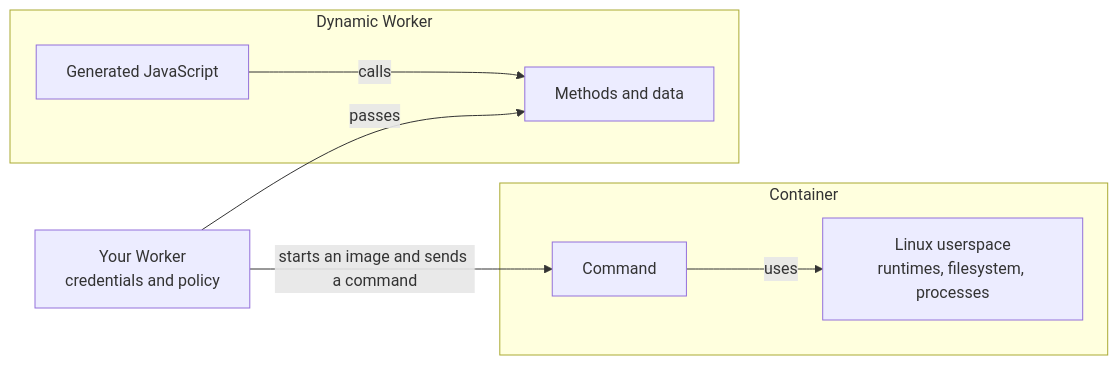
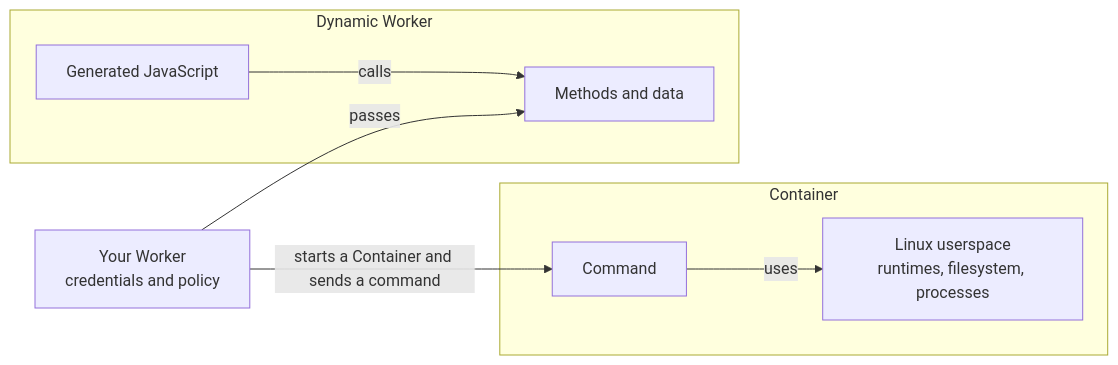
One commit to cloudflare/cloudflare-docs changed the diagram in src/content/docs/sandbox/choose-an-environment.mdx. Above: the diagram before and after it, drawn with Mermaid. The commit also changed other lines of this file and 6 other files, not shown here.

````diff
--- a/src/content/docs/sandbox/choose-an-environment.mdx
+++ b/src/content/docs/sandbox/choose-an-environment.mdx
@@ -25,14 +25,14 @@
 ```mermaid
 flowchart LR
 accTitle: What each sandbox environment contains
 accDescr: Credentials and policy stay in your Worker. The Worker passes methods and data to generated JavaScript in a Dynamic Worker, or starts a Container where a command uses a Linux userspace.
 	W["Your Worker<br/>credentials and policy"]
 	subgraph D["Dynamic Worker"]
 		J["Generated JavaScript"] -->|"calls"| G["Methods and data"]
 	end
 	subgraph C["Container"]
 		X["Command"] -->|"uses"| L["Linux userspace<br/>runtimes, filesystem, processes"]
 	end
 	W -->|"passes"| G
-	W -->|"starts an image and sends a command"| X
+	W -->|"starts a Container and sends a command"| X
 ```
````
